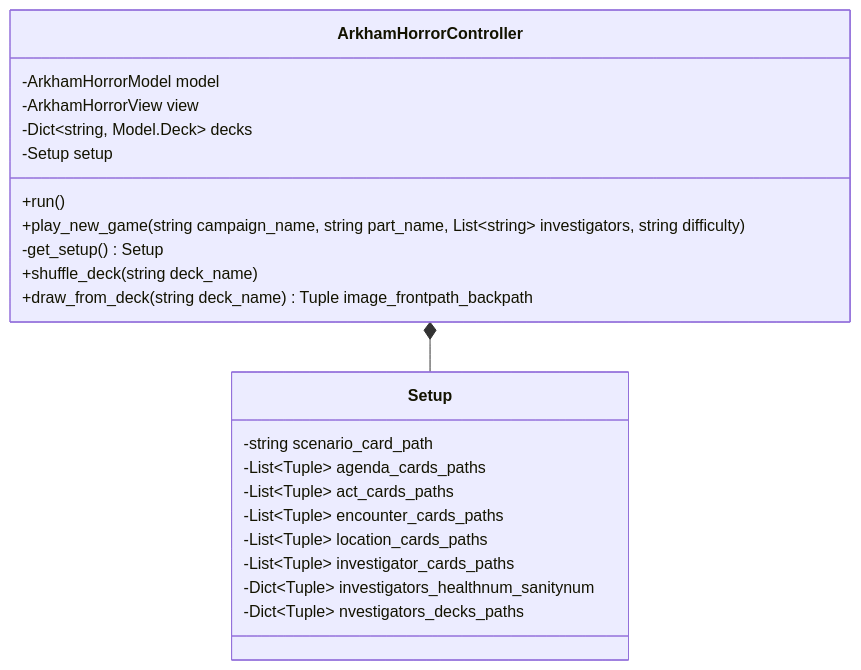
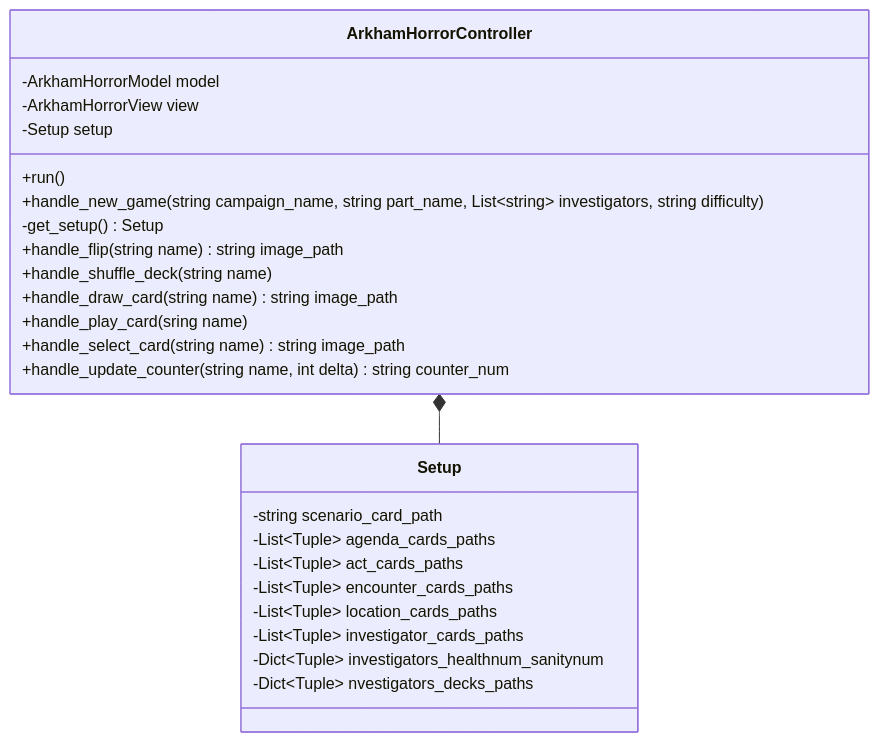
The fourth of 9 diagrams in design.md (alexcwarren/arkham-horror), drawn with Mermaid before and after one commit. The commit also changed other lines of this file, not shown here.

Commit message:
Update header levels; Add "Draw Card", "Discard", & "Play" sequence diagrams; Add new class functionality

````diff
--- a/design.md
+++ b/design.md
@@ -273,27 +288,30 @@
 ```mermaid
 classDiagram
     ArkhamHorrorController *-- Setup
     class ArkhamHorrorController{
         -ArkhamHorrorModel model
         -ArkhamHorrorView view
-        -Dict~string, Model.Deck~ decks
         -Setup setup
         +run()
-        +play_new_game(string campaign_name, string part_name, List~string~ investigators, string difficulty)
+        +handle_new_game(string campaign_name, string part_name, List~string~ investigators, string difficulty)
         -get_setup() Setup
-        +shuffle_deck(string deck_name)
-        +draw_from_deck(string deck_name) Tuple image_frontpath_backpath
+        +handle_flip(string name) string image_path
+        +handle_shuffle_deck(string name)
+        +handle_draw_card(string name) string image_path
+        +handle_play_card(sring name)
+        +handle_select_card(string name) string image_path
+        +handle_update_counter(string name, int delta) string counter_num
     }
 
     class Setup{
         -string scenario_card_path
         -List~Tuple~ agenda_cards_paths
         -List~Tuple~ act_cards_paths
         -List~Tuple~ encounter_cards_paths
         -List~Tuple~ location_cards_paths
         -List~Tuple~ investigator_cards_paths
         -Dict~Tuple~ investigators_healthnum_sanitynum
         -Dict~Tuple~ nvestigators_decks_paths
     }
 
 ```
````
